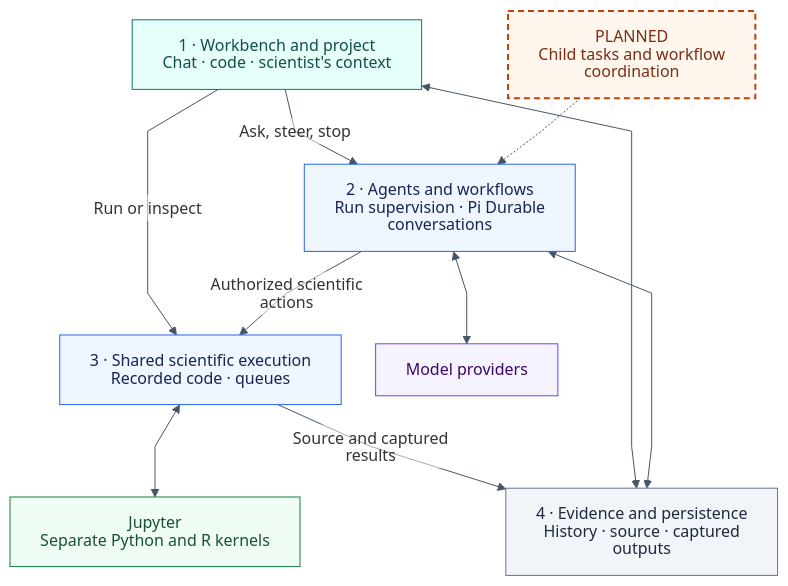
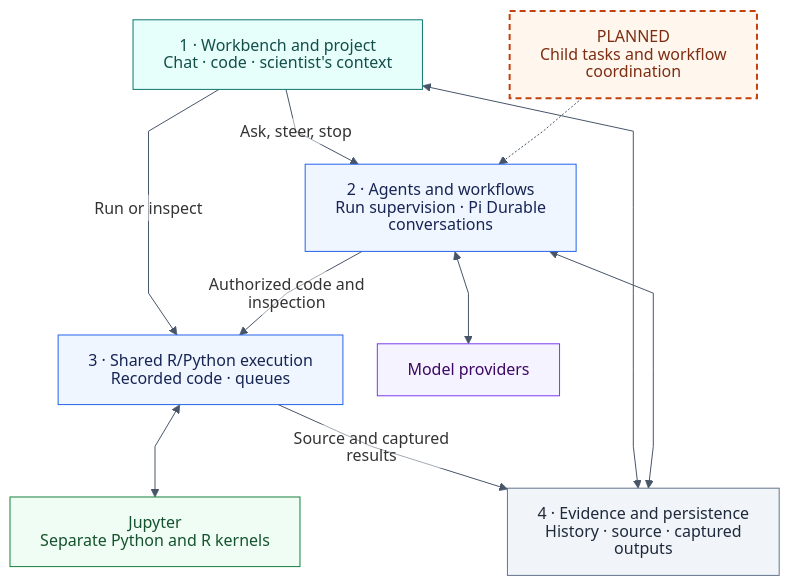
Before and after one commit to carl-stone/biologue: the first of 5 diagrams in ARCHITECTURE.md, drawn with Mermaid. The commit also changed other lines of this file and 31 other files, not shown here.

````diff
--- a/ARCHITECTURE.md
+++ b/ARCHITECTURE.md
@@ -30,34 +30,34 @@
 ```mermaid
 %%{init: {"theme":"base","htmlLabels":false,"markdownAutoWrap":false,"themeVariables":{"fontFamily":"Arial, sans-serif","lineColor":"#475569","edgeLabelBackground":"#FFFFFF"},"flowchart":{"htmlLabels":false,"curve":"linear","nodeSpacing":30,"rankSpacing":40,"wrappingWidth":240,"minNodeWidth":200}}}%%
 flowchart TB
     Workbench["1 · Workbench and project<br/>Chat · code · scientist's context"]
     Agents["2 · Agents and workflows<br/>Run supervision · Pi Durable conversations"]
-    Execution["3 · Shared scientific execution<br/>Recorded code · queues"]
+    Execution["3 · Shared R/Python execution<br/>Recorded code · queues"]
     Evidence["4 · Evidence and persistence<br/>History · source · captured outputs"]
     Models["Model providers"]
     Runtime["Jupyter<br/>Separate Python and R kernels"]
     Multi["PLANNED<br/>Child tasks and workflow coordination"]
 
     Workbench -->|"Ask, steer, stop"| Agents
     Workbench -->|"Run or inspect"| Execution
-    Agents -->|"Authorized scientific actions"| Execution
+    Agents -->|"Authorized code and inspection"| Execution
     Agents <--> Models
     Execution <--> Runtime
     Execution -->|"Source and captured results"| Evidence
     Workbench <--> Evidence
     Agents <--> Evidence
     Multi -.-> Agents
 
     classDef workbench fill:#E6FFFB,stroke:#0F766E,color:#134E4A
     classDef app fill:#EFF6FF,stroke:#2563EB,color:#172554
     classDef pi fill:#F5F3FF,stroke:#7C3AED,color:#3B0764
     classDef runtime fill:#F0FDF4,stroke:#15803D,color:#14532D
     classDef storage fill:#F1F5F9,stroke:#64748B,color:#1E293B
     classDef planned fill:#FFF7ED,stroke:#C2410C,color:#7C2D12,stroke-width:2px,stroke-dasharray:6 4
     class Workbench workbench
     class Agents,Execution app
     class Models pi
     class Runtime runtime
     class Evidence storage
     class Multi planned
 ```
````
